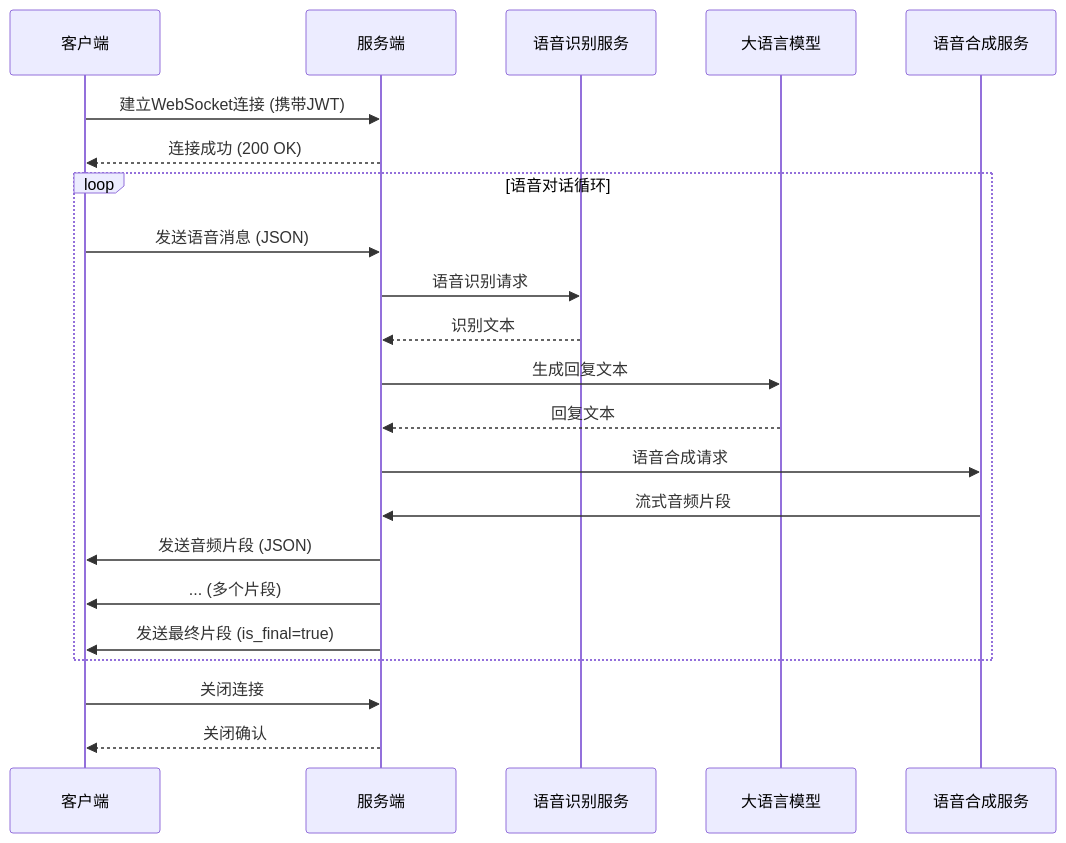
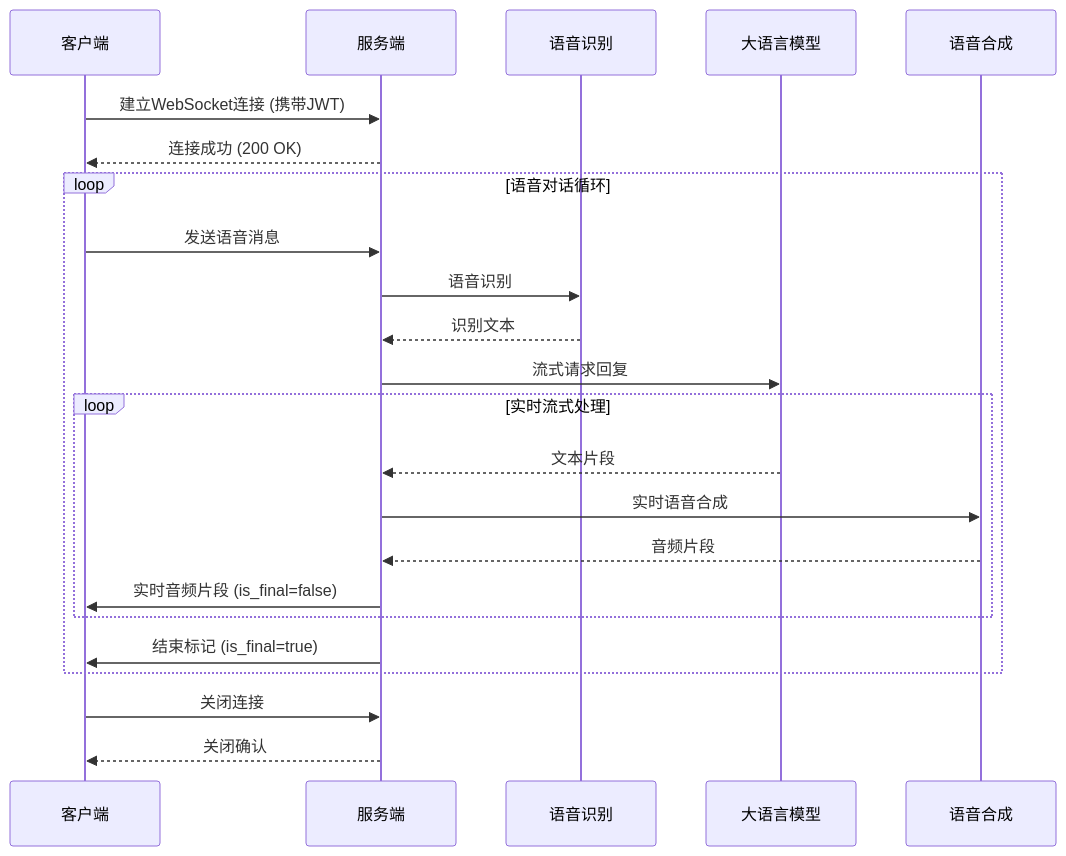
Before and after one commit to lozinz/CharacterVerse: the first of 3 diagrams in Backend-CharacterVerse/A-BackendText/API文档.md, drawn with Mermaid. The commit also changed other lines of this file and 2 other files, not shown here.

````diff
--- a/Backend-CharacterVerse/A-BackendText/API文档.md
+++ b/Backend-CharacterVerse/A-BackendText/API文档.md
@@ -1067,27 +1048,28 @@
 ```mermaid
 sequenceDiagram
     participant Client as 客户端
     participant Server as 服务端
-    participant ASR as 语音识别服务
+    participant ASR as 语音识别
     participant LLM as 大语言模型
-    participant TTS as 语音合成服务
+    participant TTS as 语音合成
 
     Client->>Server: 建立WebSocket连接 (携带JWT)
     Server-->>Client: 连接成功 (200 OK)
     
     loop 语音对话循环
-        Client->>Server: 发送语音消息 (JSON)
-        Server->>ASR: 语音识别请求
+        Client->>Server: 发送语音消息
+        Server->>ASR: 语音识别
         ASR-->>Server: 识别文本
-        Server->>LLM: 生成回复文本
-        LLM-->>Server: 回复文本
-        Server->>TTS: 语音合成请求
-        TTS->>Server: 流式音频片段
-        Server->>Client: 发送音频片段 (JSON)
-        Server->>Client: ... (多个片段)
-        Server->>Client: 发送最终片段 (is_final=true)
+        Server->>LLM: 流式请求回复
+        loop 实时流式处理
+            LLM-->>Server: 文本片段
+            Server->>TTS: 实时语音合成
+            TTS-->>Server: 音频片段
+            Server->>Client: 实时音频片段 (is_final=false)
+        end
+        Server->>Client: 结束标记 (is_final=true)
     end
     
     Client->>Server: 关闭连接
     Server-->>Client: 关闭确认
 ```
````
